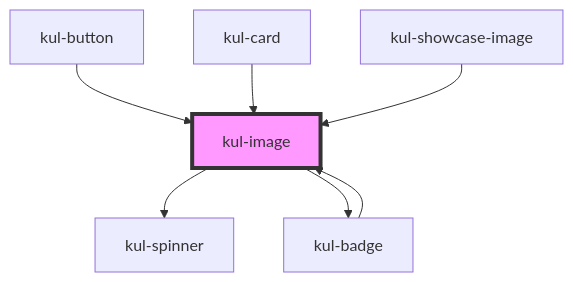
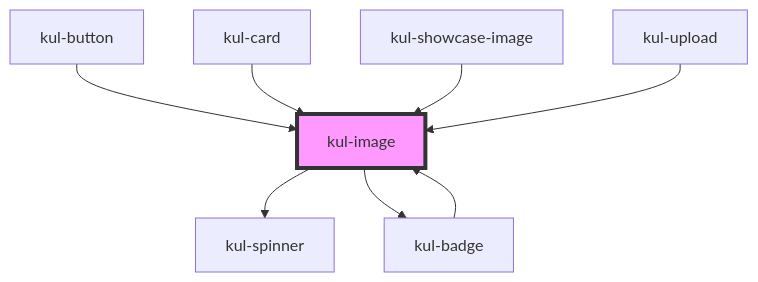
The diagram in packages/ketchup-lite/src/components/kul-image/readme.md (smeup/ketchup), drawn with Mermaid before and after one commit. The commit also changed other lines of this file and 3 other files, not shown here.

````diff
--- a/packages/ketchup-lite/src/components/kul-image/readme.md
+++ b/packages/ketchup-lite/src/components/kul-image/readme.md
@@ -98,10 +99,11 @@
 ```mermaid
 graph TD;
   kul-image --> kul-spinner
   kul-image --> kul-badge
   kul-badge --> kul-image
   kul-button --> kul-image
   kul-card --> kul-image
   kul-showcase-image --> kul-image
+  kul-upload --> kul-image
   style kul-image fill:#f9f,stroke:#333,stroke-width:4px
 ```
````
